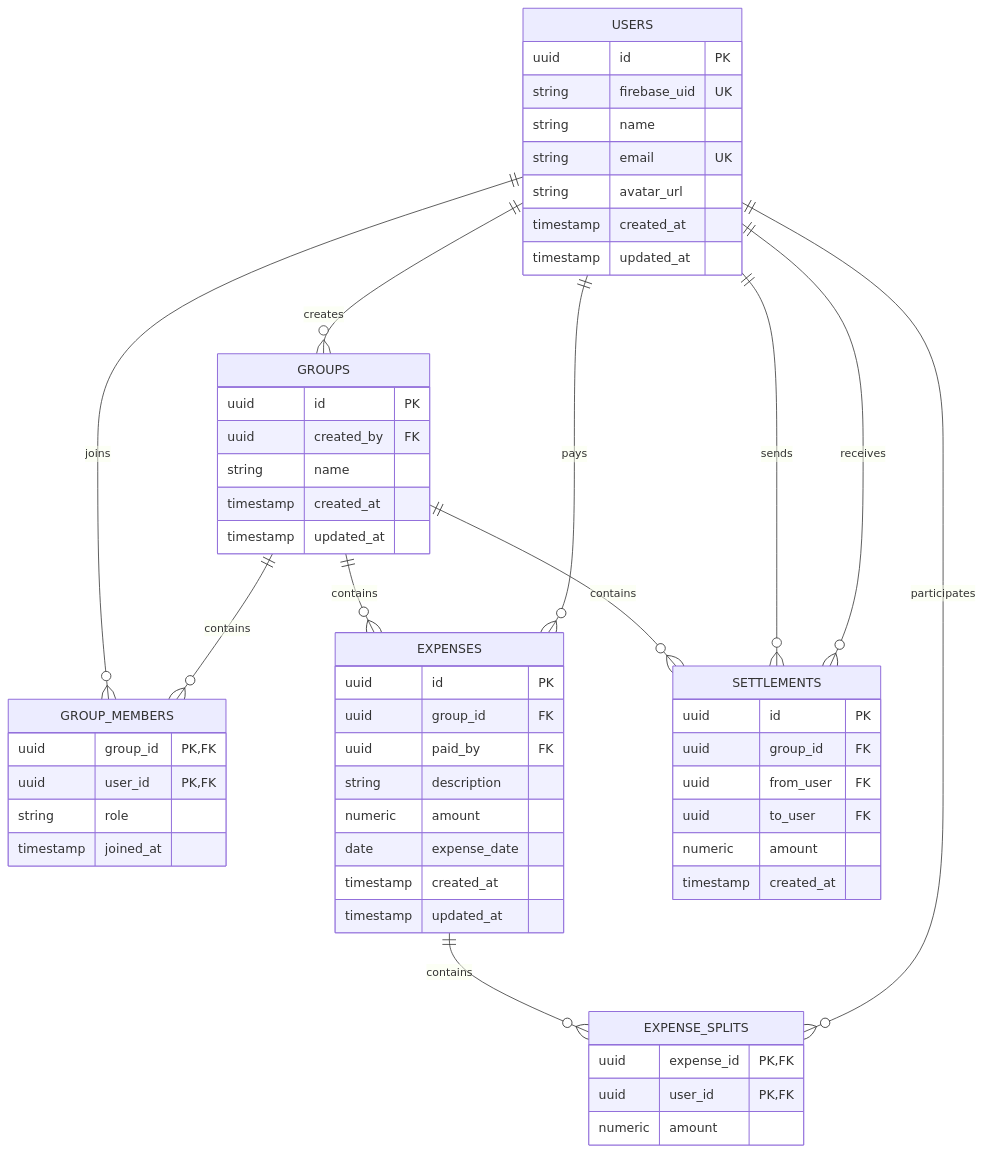
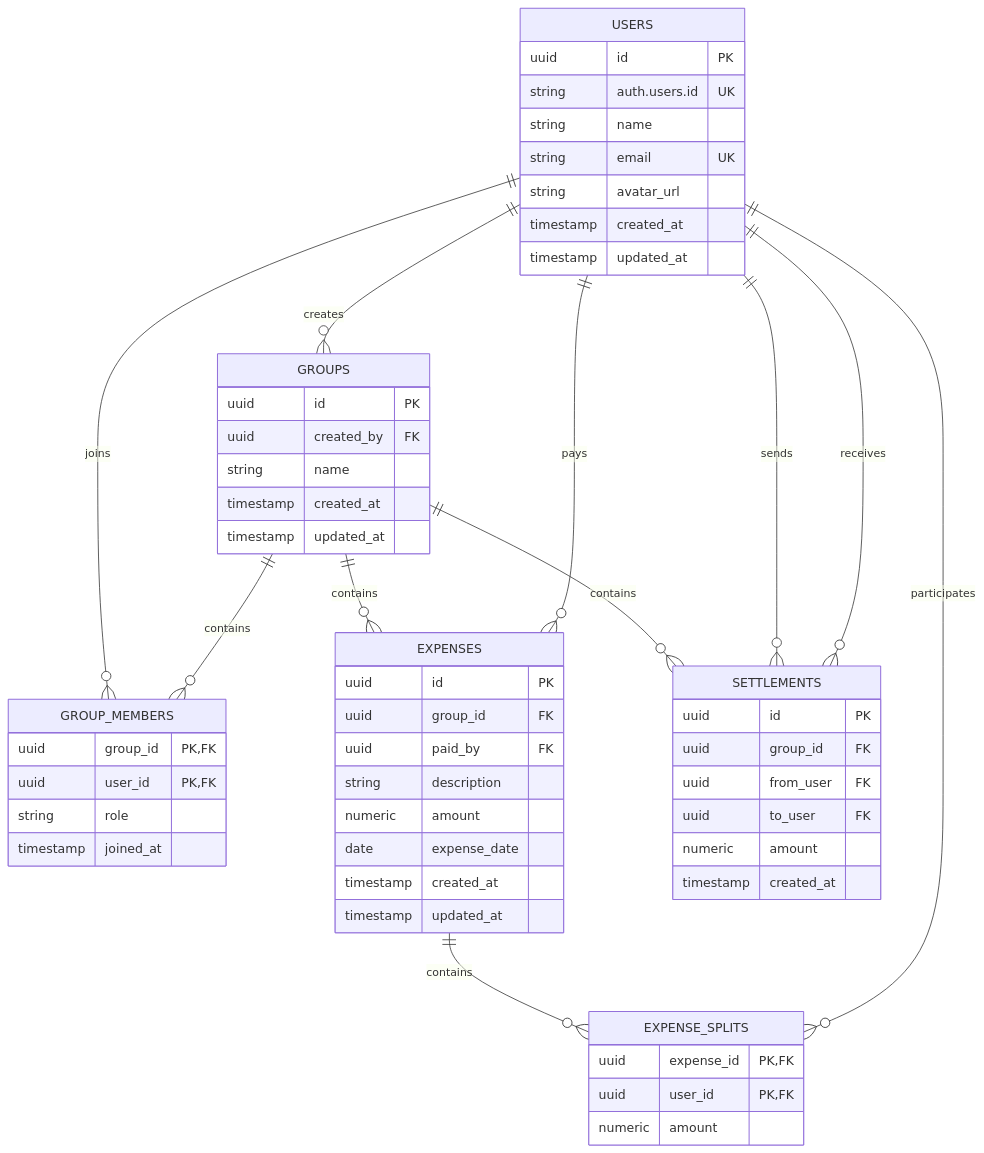
The diagram in docs/database/database-design.md (rajparihar281/SplitLedger), drawn with Mermaid before and after one commit. The commit also changed other lines of this file and 16 other files, not shown here.

First line of the commit message:
Refactor authentication from Firebase to Supabase Auth across the application

````diff
--- a/docs/database/database-design.md
+++ b/docs/database/database-design.md
@@ -698,68 +698,68 @@
 ```mermaid
 erDiagram
 
     USERS ||--o{ GROUPS : creates
     USERS ||--o{ GROUP_MEMBERS : joins
     GROUPS ||--o{ GROUP_MEMBERS : contains
 
     GROUPS ||--o{ EXPENSES : contains
     USERS ||--o{ EXPENSES : pays
 
     EXPENSES ||--o{ EXPENSE_SPLITS : contains
     USERS ||--o{ EXPENSE_SPLITS : participates
 
     GROUPS ||--o{ SETTLEMENTS : contains
     USERS ||--o{ SETTLEMENTS : sends
     USERS ||--o{ SETTLEMENTS : receives
 
     USERS {
         uuid id PK
-        string firebase_uid UK
+        string auth.users.id UK
         string name
         string email UK
         string avatar_url
         timestamp created_at
         timestamp updated_at
     }
 
     GROUPS {
         uuid id PK
         uuid created_by FK
         string name
         timestamp created_at
         timestamp updated_at
     }
 
     GROUP_MEMBERS {
         uuid group_id PK, FK
         uuid user_id PK, FK
         string role
         timestamp joined_at
     }
 
     EXPENSES {
         uuid id PK
         uuid group_id FK
         uuid paid_by FK
         string description
         numeric amount
         date expense_date
         timestamp created_at
         timestamp updated_at
     }
 
     EXPENSE_SPLITS {
         uuid expense_id PK, FK
         uuid user_id PK, FK
         numeric amount
     }
 
     SETTLEMENTS {
         uuid id PK
         uuid group_id FK
         uuid from_user FK
         uuid to_user FK
         numeric amount
         timestamp created_at
     }
 ```
````
